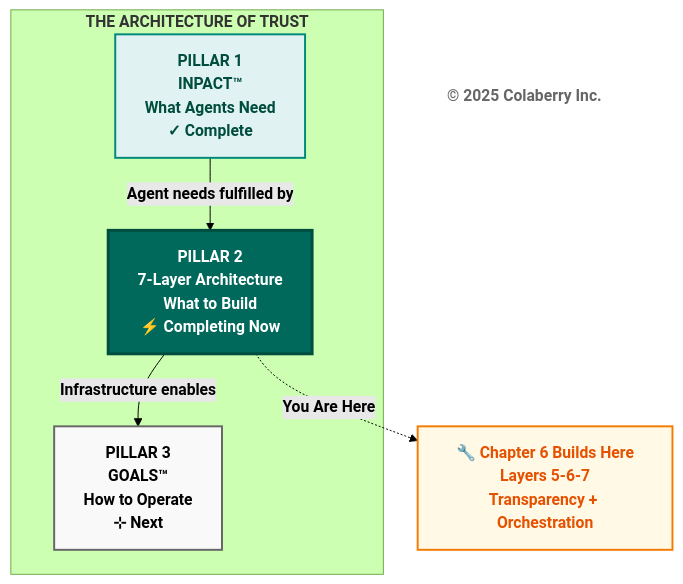
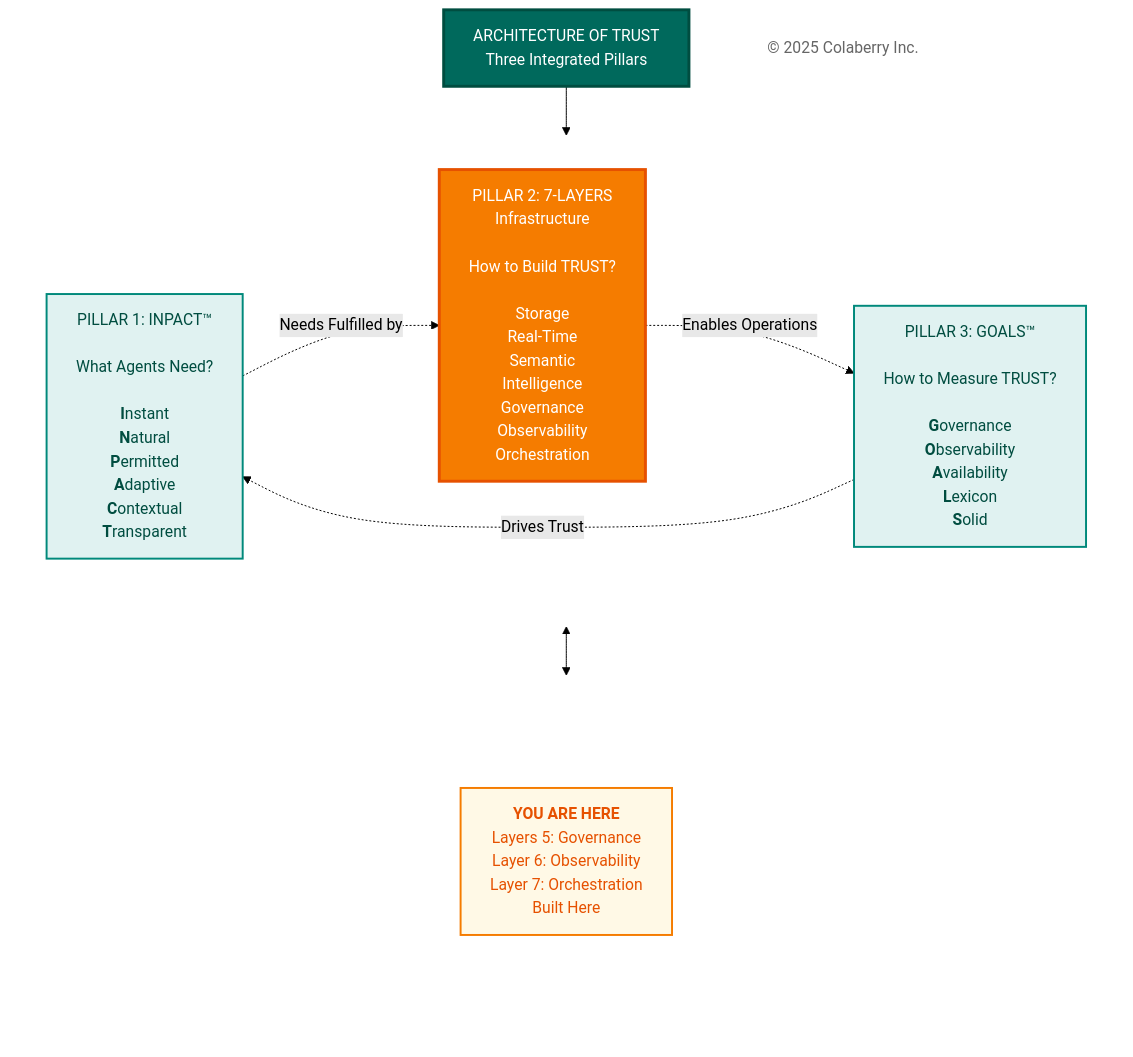
Before and after one commit to colaberry/trust-before-intelligence-book: the second of 14 diagrams in manuscript/07_chapter_6_transparency_orchestration_layers_v1_9.md, drawn with Mermaid (forest theme). The commit also changed other lines of this file, not shown here.

Commit message:
Fixing diagrams of chapter 6
Fixing diagrams of chapter 6

````diff
--- a/manuscript/07_chapter_6_transparency_orchestration_layers_v1_9.md
+++ b/manuscript/07_chapter_6_transparency_orchestration_layers_v1_9.md
@@ -64,22 +64,49 @@
 ```mermaid
+
+
+
 graph TB
-    subgraph "<b>THE ARCHITECTURE OF TRUST</b>"
-        P1["<b>PILLAR 1</b><br/><b>INPACT™</b><br/><b>What Agents Need</b><br/><b>✓ Complete</b>"]
-        P2["<b>PILLAR 2</b><br/><b>7-Layer Architecture</b><br/><b>What to Build</b><br/><b>⚡ Completing Now</b>"]
-        P3["<b>PILLAR 3</b><br/><b>GOALS™</b><br/><b>How to Operate</b><br/><b>⊹ Next</b>"]
+    Title["ARCHITECTURE OF TRUST<br/>Three Integrated Pillars"]
+    
+    subgraph PILLARS[" "]
+        direction LR
+        INPACT["`PILLAR 1: INPACT™<br/><br/>What Agents Need?<br/><br/>**I**nstant<br/>**N**atural<br/>**P**ermitted<br/>**A**daptive<br/>**C**ontextual<br/>**T**ransparent`"]
+        
+        Layers["PILLAR 2: 7-LAYERS<br/>Infrastructure<br/><br/>How to Build TRUST?<br/><br/>Storage<br/>Real-Time<br/>Semantic<br/>Intelligence<br/>Governance<br/>Observability<br/>Orchestration"]
+        
+        GOALS["`PILLAR 3: GOALS™<br/><br/>How to Measure TRUST?<br/><br/>**G**overnance<br/>**O**bservability<br/>**A**vailability<br/>**L**exicon<br/>**S**olid`"]
     end
     
-    BUILD["<b>🔧 Chapter 6 Builds Here</b><br/><b>Layers 5-6-7</b><br/><b>Transparency + Orchestration</b>"]
+    subgraph INDICATOR[" "]
+        direction LR
+        Spacer1[" "]
+        YouAreHere["<b>YOU ARE HERE</b><br/>Layers 5: Governance <br/> Layer 6: Observability<br/> Layer 7: Orchestration<br/> Built Here"]
+        Spacer2[" "]
+    end
     
-    Copyright["<b>© 2025 Colaberry Inc.</b>"]
+    Copyright["© 2025 Colaberry Inc."]
     
-    P1 -->|<b>Agent needs fulfilled by</b>| P2
-    P2 -->|<b>Infrastructure enables</b>| P3
-    P2 -.->|<b>You Are Here</b>| BUILD
+    Title --> PILLARS
+    PILLARS <--> INDICATOR
     
-    style P1 fill:#e0f2f1,stroke:#00897b,stroke-width:2px,color:#004d40
-    style P2 fill:#00695c,color:#ffffff,stroke:#004d40,stroke-width:3px
-    style P3 fill:#f9f9f9,stroke:#666666,stroke-width:2px,color:#000000
-    style BUILD fill:#fff9e6,stroke:#f57c00,stroke-width:2px,color:#e65100
+    INPACT -.->|"Needs Fulfilled by"| Layers
+    Layers -.->|"Enables Operations"| GOALS
+    GOALS -.->|"Drives Trust"| INPACT
+
+    style Title fill:#00695c,color:#ffffff,stroke:#004d40,stroke-width:3px
+    style PILLARS fill:none,stroke:none
+    style INDICATOR fill:none,stroke:none
+    style INPACT fill:#e0f2f1,stroke:#00897b,stroke-width:2px,color:#004d40
+    style Layers fill:#f57c00,stroke:#e65100,stroke-width:3px,color:#ffffff
+    style GOALS fill:#e0f2f1,stroke:#00897b,stroke-width:2px,color:#004d40
+    style Spacer1 fill:none,stroke:none,color:transparent
+    style YouAreHere fill:#fff9e6,stroke:#f57c00,stroke-width:2px,color:#e65100
+    style Spacer2 fill:none,stroke:none,color:transparent
     style Copyright fill:#ffffff,stroke:none,color:#666666
+
+
+
+
+
+
 ```
````
